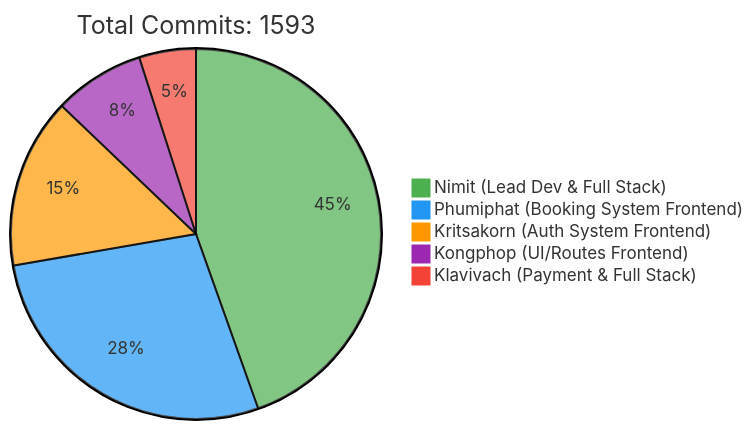
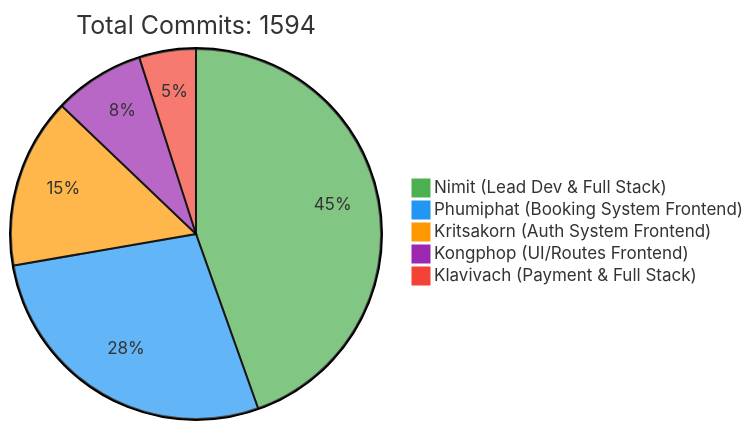
Before and after one commit to 6531503042/Sport-Complex: the first of 2 diagrams in README.md, drawn with Mermaid. The commit also changed other lines of this file, not shown here.

Commit message:
docs: Update contributor statistics [skip ci]

````diff
--- a/README.md
+++ b/README.md
@@ -257,10 +257,10 @@
 ```mermaid
 %%{init: {'theme': 'base', 'themeVariables': { 'pie1': '#4CAF50', 'pie2': '#2196F3', 'pie3': '#FF9800', 'pie4': '#9C27B0', 'pie5': '#F44336'}}}%%
 pie
-    title Total Commits: 1593
+    title Total Commits: 1594
     "Nimit (Lead Dev & Full Stack)" : 450
     "Phumiphat (Booking System Frontend)" : 280
     "Kritsakorn (Auth System Frontend)" : 150
     "Kongphop (UI/Routes Frontend)" : 80
     "Klavivach (Payment & Full Stack)" : 50
 ```
````
